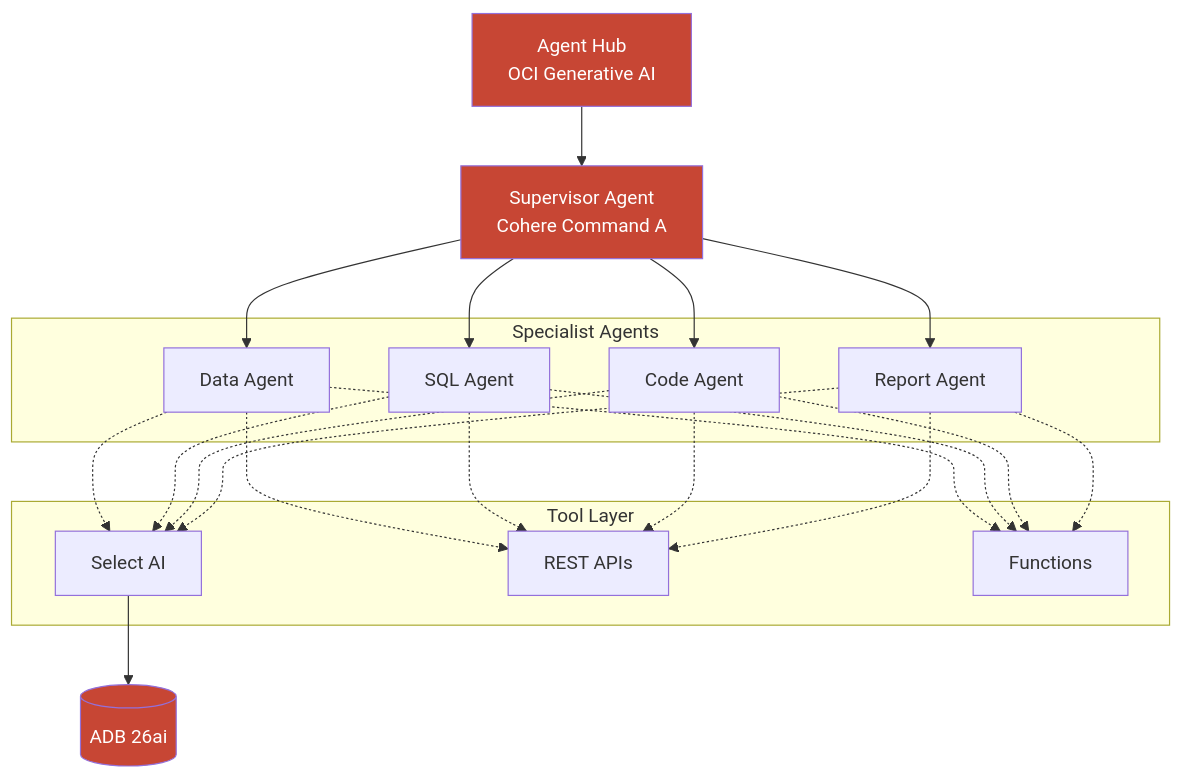
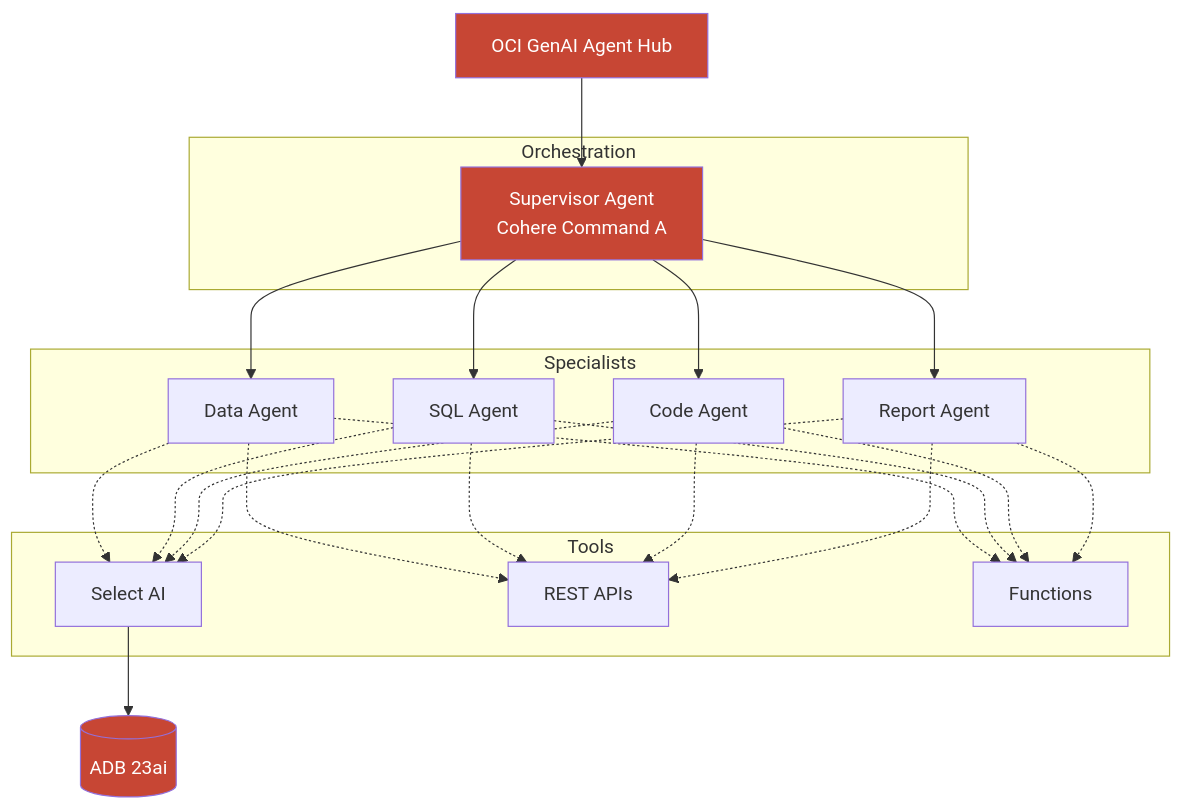
One commit to oci-ai-architects/claude-code-oci-ai-architect-skills changed the second of 2 diagrams in plugins/oracle-diagram-generator/skills/SKILL.md. Above: the diagram before and after it, drawn with Mermaid. The commit also changed other lines of this file and 1 other file, not shown here.

First line of the commit message:
refactor: Complete rewrite of diagram generator skill v2.0

````diff
--- a/plugins/oracle-diagram-generator/skills/SKILL.md
+++ b/plugins/oracle-diagram-generator/skills/SKILL.md
@@ -684,29 +173,31 @@
 ```mermaid
 flowchart TB
-    HUB[Agent Hub<br/>OCI Generative AI]
-    SUP[Supervisor Agent<br/>Cohere Command A]
+    HUB[OCI GenAI Agent Hub]
 
-    subgraph Specialists["Specialist Agents"]
-        DA[Data Agent]
-        SA[SQL Agent]
-        CA[Code Agent]
-        RA[Report Agent]
+    subgraph Orchestration
+        SUP[Supervisor Agent<br/>Cohere Command A]
     end
 
-    subgraph Tools["Tool Layer"]
-        SEL[Select AI]
-        REST[REST APIs]
-        FN[Functions]
+    subgraph Specialists
+        A1[Data Agent]
+        A2[SQL Agent]
+        A3[Code Agent]
+        A4[Report Agent]
     end
 
-    ADB[(ADB 26ai)]
+    subgraph Tools
+        T1[Select AI]
+        T2[REST APIs]
+        T3[Functions]
+    end
 
-    HUB --> SUP
-    SUP --> DA & SA & CA & RA
-    DA & SA & CA & RA -.-> SEL & REST & FN
-    SEL --> ADB
+    ADB[(ADB 23ai)]
+
+    HUB --> SUP --> A1 & A2 & A3 & A4
+    A1 & A2 & A3 & A4 -.-> T1 & T2 & T3
+    T1 --> ADB
 
     style HUB fill:#C74634,color:#fff
     style SUP fill:#C74634,color:#fff
     style ADB fill:#C74634,color:#fff
 ```
````
